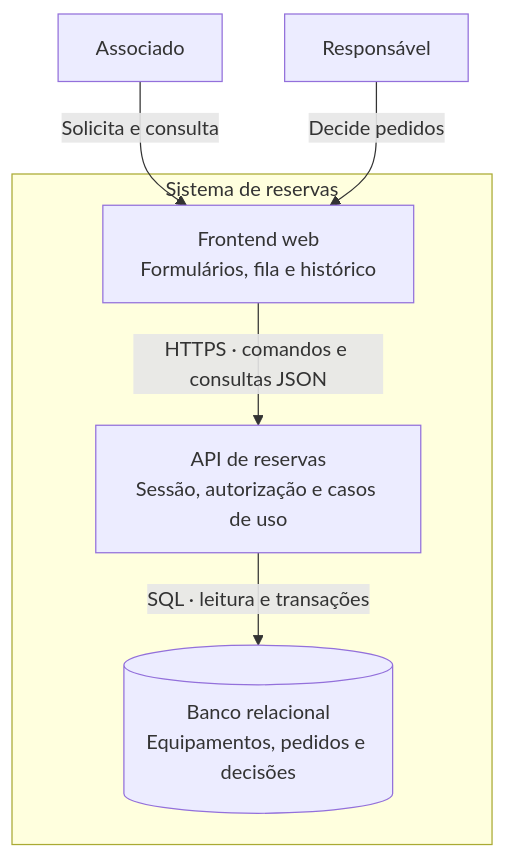
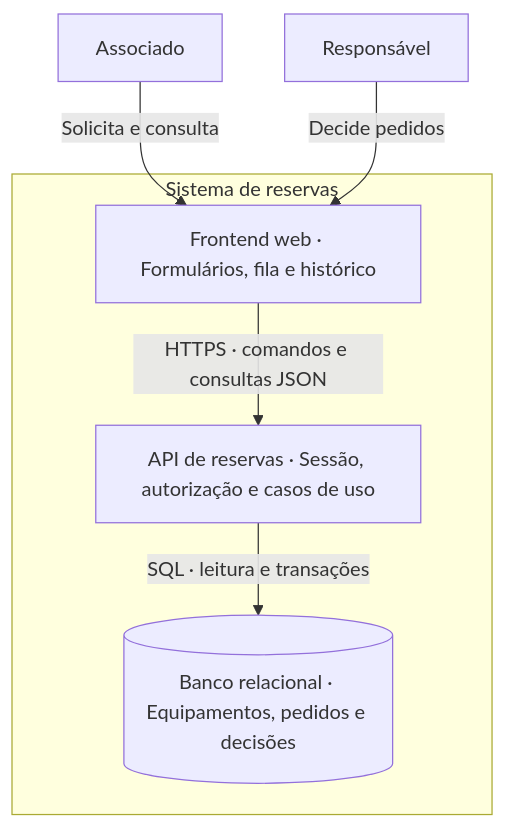
Before and after one commit to PHnsilva/base-de-projetos: the second of 10 diagrams in exemplos/reservas-de-recursos/diagramas.md, drawn with Mermaid. The commit also changed other lines of this file and 13 other files, not shown here.

````diff
--- a/exemplos/reservas-de-recursos/diagramas.md
+++ b/exemplos/reservas-de-recursos/diagramas.md
@@ -37,12 +37,12 @@
 ```mermaid
 flowchart TD
     A["Associado"] -->|"Solicita e consulta"| W
     R["Responsável"] -->|"Decide pedidos"| W
     subgraph S["Sistema de reservas"]
-        W["Frontend web<br/>Formulários, fila e histórico"]
-        API["API de reservas<br/>Sessão, autorização e casos de uso"]
-        DB[("Banco relacional<br/>Equipamentos, pedidos e decisões")]
+        W["Frontend web · Formulários, fila e histórico"]
+        API["API de reservas · Sessão, autorização e casos de uso"]
+        DB[("Banco relacional · Equipamentos, pedidos e decisões")]
         W -->|"HTTPS · comandos e consultas JSON"| API
         API -->|"SQL · leitura e transações"| DB
     end
 ```
````
